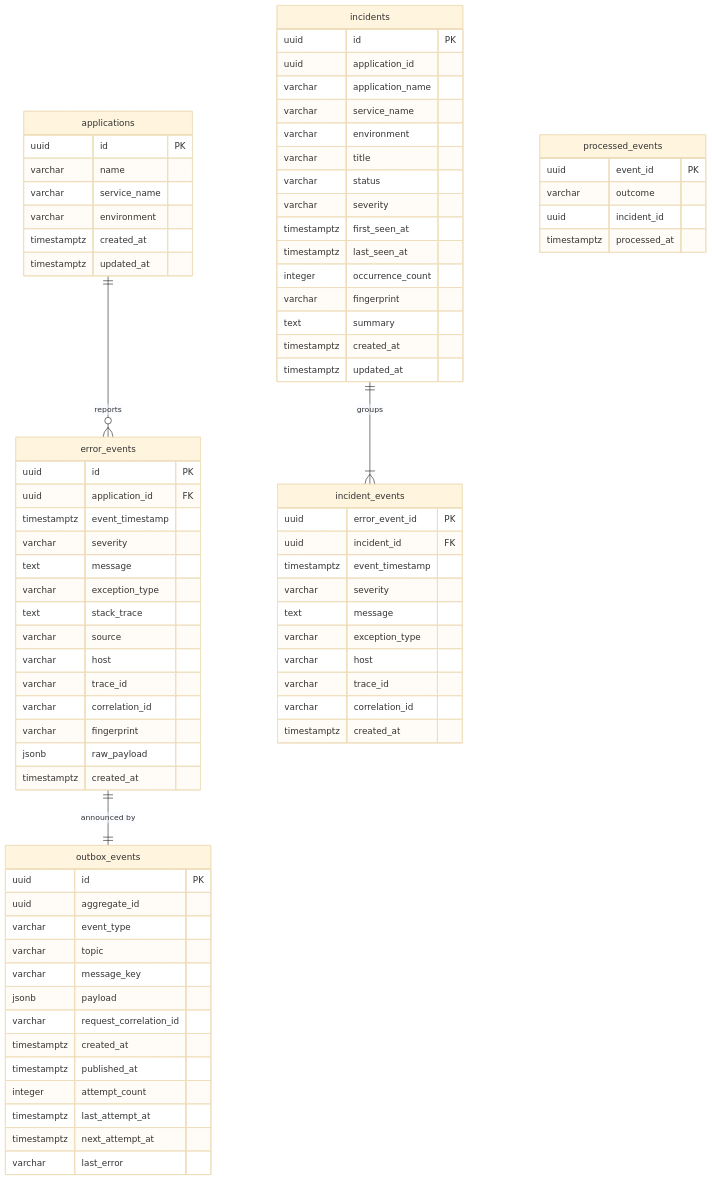
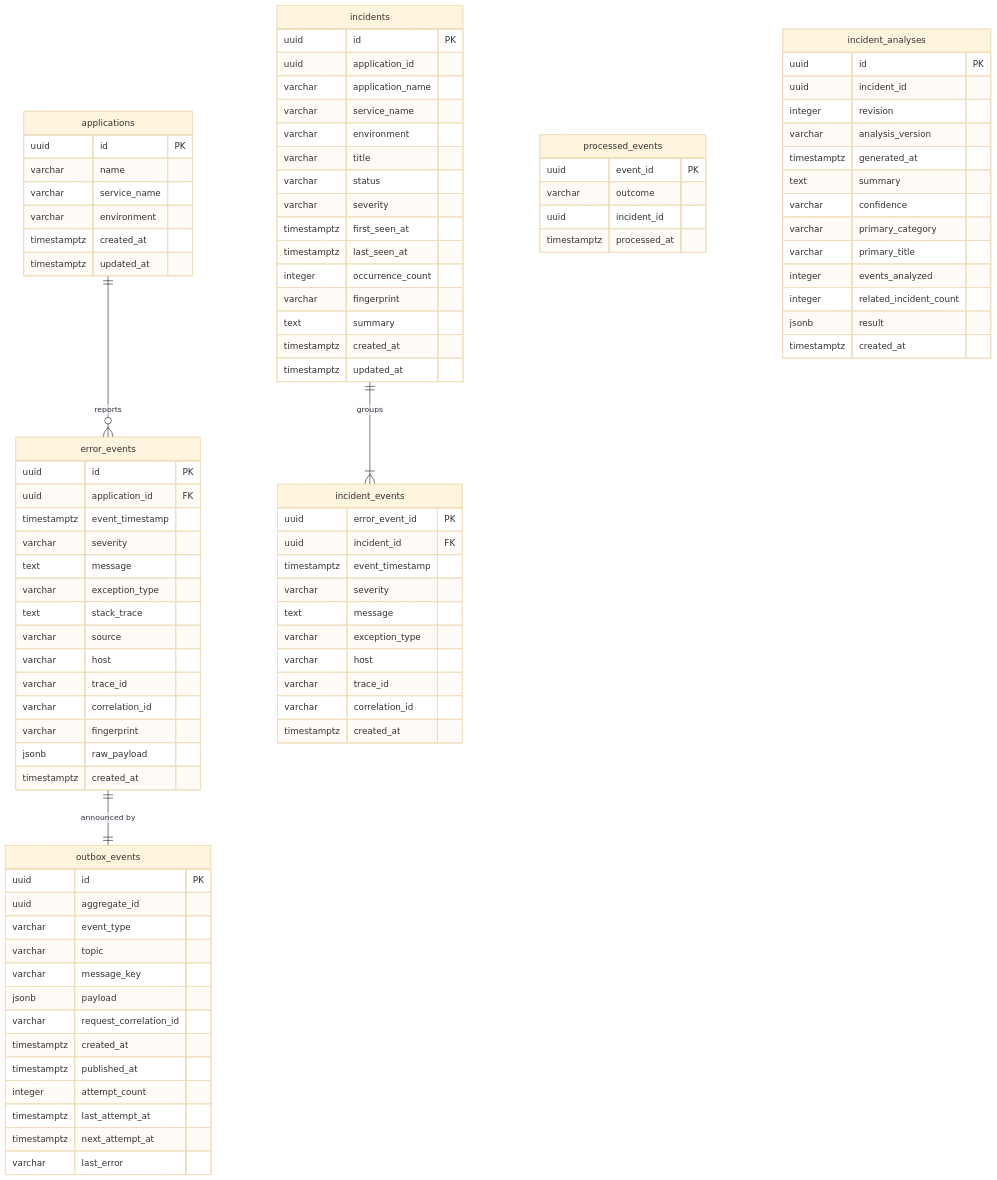
The diagram in docs/database.md (rciripireddy/ai-software-debugging-root-cause-platform), drawn with Mermaid (base theme) before and after one commit. The commit also changed other lines of this file and 67 other files, not shown here.

````diff
--- a/docs/database.md
+++ b/docs/database.md
@@ -100,4 +106,19 @@
         uuid incident_id
         timestamptz processed_at
     }
+    incident_analyses {
+        uuid id PK
+        uuid incident_id
+        integer revision
+        varchar analysis_version
+        timestamptz generated_at
+        text summary
+        varchar confidence
+        varchar primary_category
+        varchar primary_title
+        integer events_analyzed
+        integer related_incident_count
+        jsonb result
+        timestamptz created_at
+    }
 ```
````
